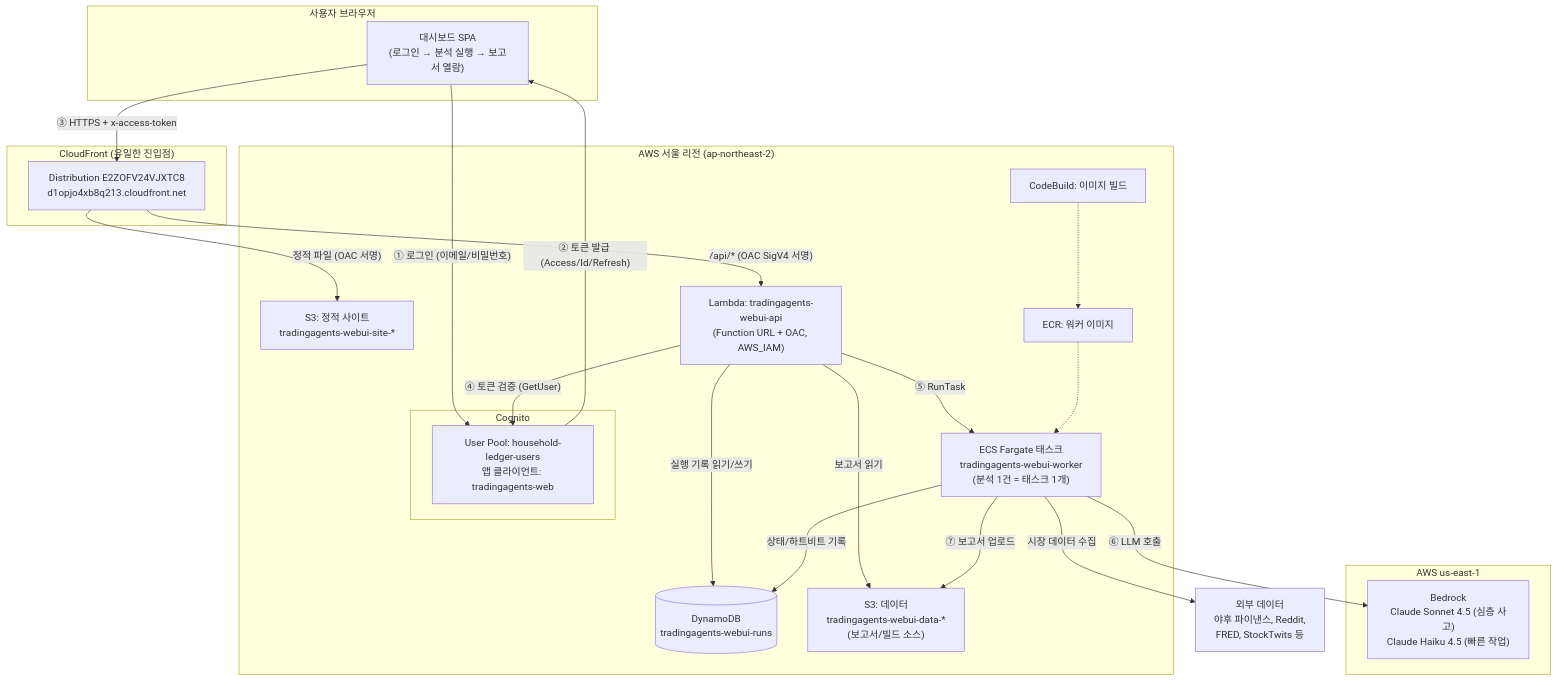
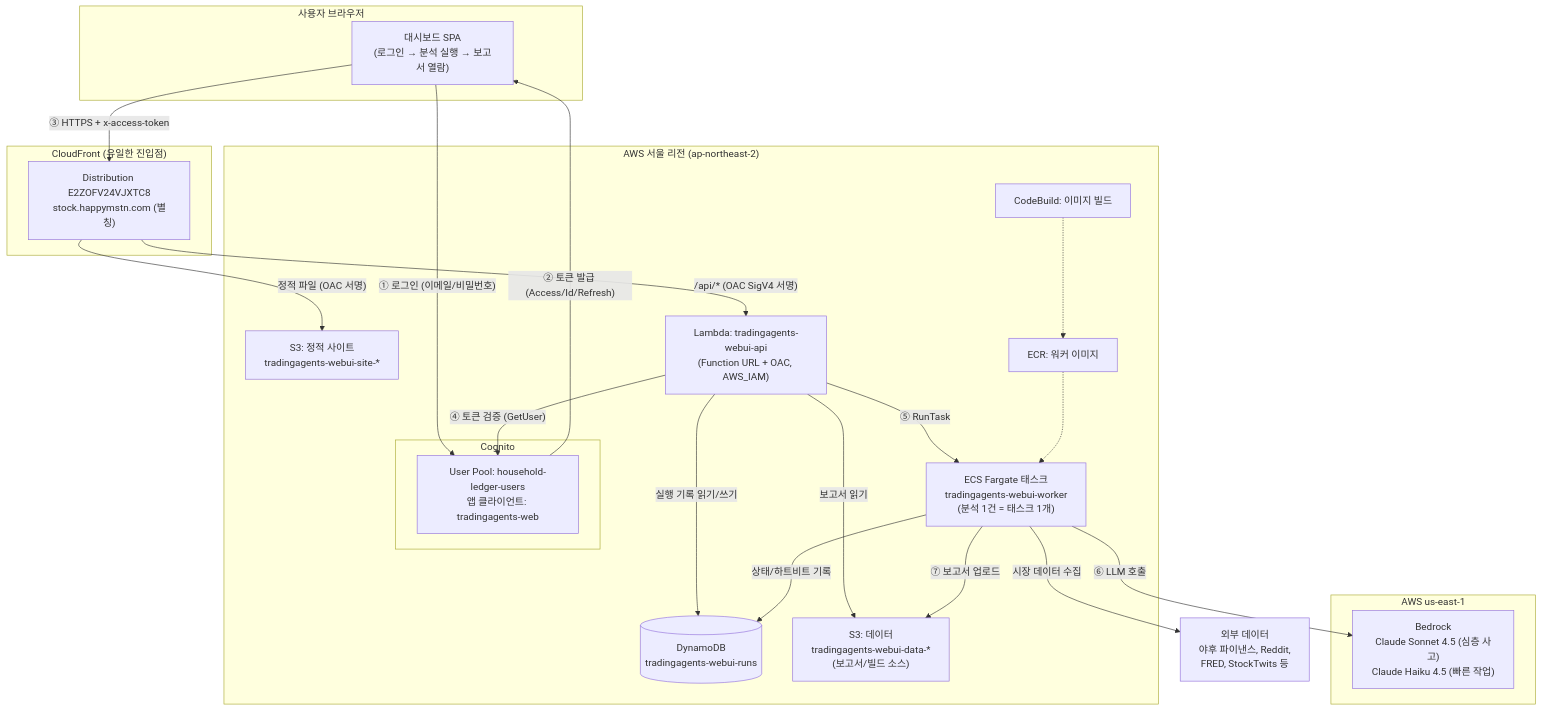
The first of 3 diagrams in webui/아키텍처.md (sns800/TradingAgents), drawn with Mermaid before and after one commit. The commit also changed other lines of this file, not shown here.

Commit message:
docs: 접속 URL을 stock.happymstn.com으로 갱신

````diff
--- a/webui/아키텍처.md
+++ b/webui/아키텍처.md
@@ -14,45 +14,45 @@
 ```mermaid
 flowchart TB
     subgraph Client["사용자 브라우저"]
         UI["대시보드 SPA<br/>(로그인 → 분석 실행 → 보고서 열람)"]
     end
 
     subgraph Global["CloudFront (유일한 진입점)"]
-        CF["Distribution E2ZOFV24VJXTC8<br/>d1opjo4xb8q213.cloudfront.net"]
+        CF["Distribution E2ZOFV24VJXTC8<br/>stock.happymstn.com (별칭)"]
     end
 
     subgraph Seoul["AWS 서울 리전 (ap-northeast-2)"]
         subgraph Auth["Cognito"]
             UP["User Pool: household-ledger-users<br/>앱 클라이언트: tradingagents-web"]
         end
         S3S["S3: 정적 사이트<br/>tradingagents-webui-site-*"]
         LMB["Lambda: tradingagents-webui-api<br/>(Function URL + OAC, AWS_IAM)"]
         DDB[("DynamoDB<br/>tradingagents-webui-runs")]
         S3D["S3: 데이터<br/>tradingagents-webui-data-*<br/>(보고서/빌드 소스)"]
         ECS["ECS Fargate 태스크<br/>tradingagents-webui-worker<br/>(분석 1건 = 태스크 1개)"]
         ECR["ECR: 워커 이미지"]
         CB["CodeBuild: 이미지 빌드"]
     end
 
     subgraph Virginia["AWS us-east-1"]
         BR["Bedrock<br/>Claude Sonnet 4.5 (심층 사고)<br/>Claude Haiku 4.5 (빠른 작업)"]
     end
 
     EXT["외부 데이터<br/>야후 파이낸스, Reddit,<br/>FRED, StockTwits 등"]
 
     UI -- "① 로그인 (이메일/비밀번호)" --> UP
     UP -- "② 토큰 발급 (Access/Id/Refresh)" --> UI
     UI -- "③ HTTPS + x-access-token" --> CF
     CF -- "정적 파일 (OAC 서명)" --> S3S
     CF -- "/api/* (OAC SigV4 서명)" --> LMB
     LMB -- "④ 토큰 검증 (GetUser)" --> UP
     LMB -- "실행 기록 읽기/쓰기" --> DDB
     LMB -- "⑤ RunTask" --> ECS
     LMB -- "보고서 읽기" --> S3D
     ECS -- "상태/하트비트 기록" --> DDB
     ECS -- "⑥ LLM 호출" --> BR
     ECS -- "시장 데이터 수집" --> EXT
     ECS -- "⑦ 보고서 업로드" --> S3D
     ECR -.-> ECS
     CB -.-> ECR
 ```
````
